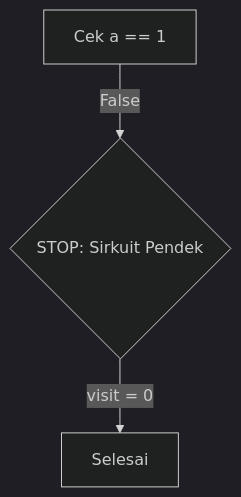
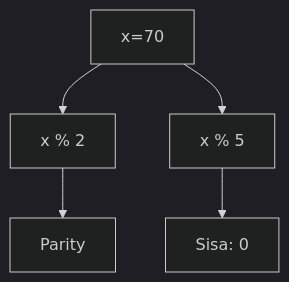
Before and after one commit to amnahwaida/OSNK_INF_PREP: the fourth of 25 diagrams in part-c-pemahaman-cpp/02-percabangan/latihan/set-08.md, drawn with Mermaid (dark theme). The commit also changed other lines of this file and 71 other files, not shown here.

````diff
--- a/part-c-pemahaman-cpp/02-percabangan/latihan/set-08.md
+++ b/part-c-pemahaman-cpp/02-percabangan/latihan/set-08.md
@@ -53,5 +114,7 @@
 ```mermaid
 graph TD
-    A[Cek a == 1] -->|"False"| B{"STOP: Sirkuit Pendek"}
-    B -->|"visit = 0"| C[Selesai]
+A[x=70] --> B[x % 2]
+B --> C[Parity]
+A --> D[x % 5]
+D --> E[Sisa: 0]
 ```
````
